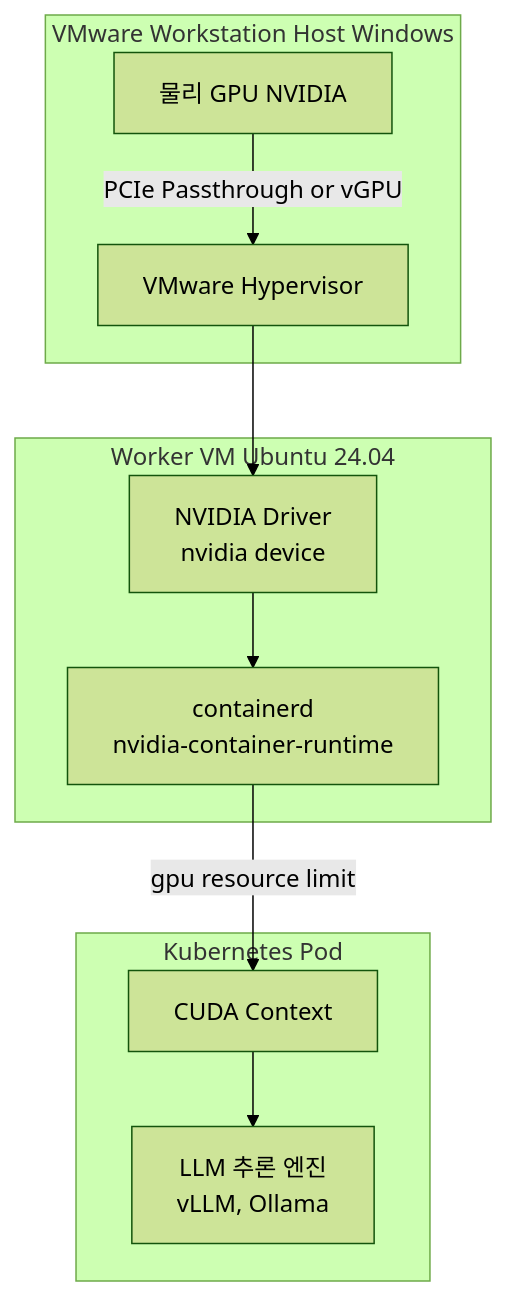
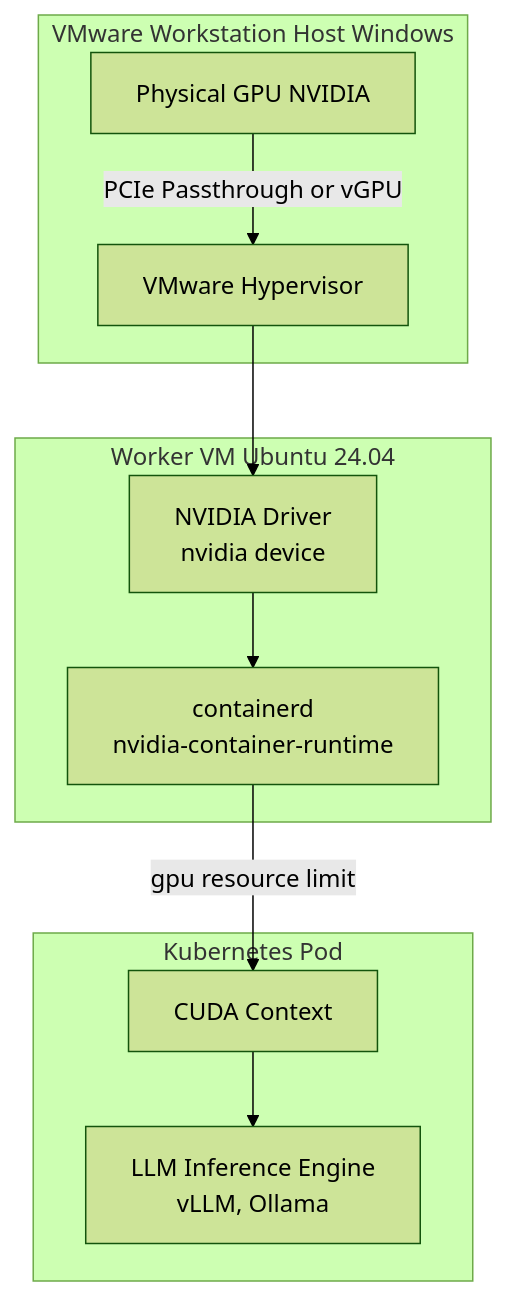
Before and after one commit to edumgt/k8s-jupyter-lab: the third of 6 diagrams in README.md, drawn with Mermaid (forest theme). The commit also changed other lines of this file and 6 other files, not shown here.

````diff
--- a/README.md
+++ b/README.md
@@ -140,23 +141,23 @@
 ```mermaid
 graph TB
     subgraph HOST["VMware Workstation Host Windows"]
-        GPU_HW["물리 GPU NVIDIA"]
+        GPU_HW["Physical GPU NVIDIA"]
         VMWARE["VMware Hypervisor"]
         GPU_HW -->|"PCIe Passthrough or vGPU"| VMWARE
     end
 
     subgraph VM_WORKER["Worker VM Ubuntu 24.04"]
         GPU_DEV["NVIDIA Driver\nnvidia device"]
         CONTAINERD["containerd\nnvidia-container-runtime"]
         GPU_DEV --> CONTAINERD
     end
 
     subgraph POD["Kubernetes Pod"]
         CUDA["CUDA Context"]
-        LLM_ENGINE["LLM 추론 엔진\nvLLM, Ollama"]
+        LLM_ENGINE["LLM Inference Engine\nvLLM, Ollama"]
         CUDA --> LLM_ENGINE
     end
 
     VMWARE --> GPU_DEV
     CONTAINERD -->|"gpu resource limit"| CUDA
 ```
````
